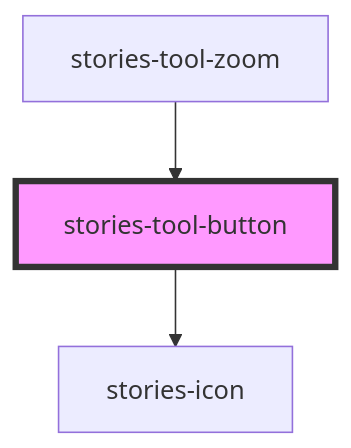
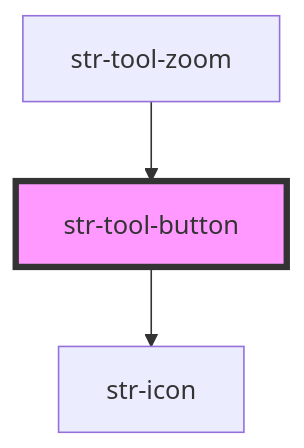
The diagram in packages/core/src/components/tool-button/readme.md (storiesjs/stories), drawn with Mermaid before and after one commit. The commit also changed other lines of this file and 221 other files, not shown here.

Commit message:
Stories prefix rename to str

````diff
--- a/packages/core/src/components/tool-button/readme.md
+++ b/packages/core/src/components/tool-button/readme.md
@@ -35,6 +35,6 @@
 ```mermaid
 graph TD;
-  stories-tool-button --> stories-icon
-  stories-tool-zoom --> stories-tool-button
-  style stories-tool-button fill:#f9f,stroke:#333,stroke-width:4px
+  str-tool-button --> str-icon
+  str-tool-zoom --> str-tool-button
+  style str-tool-button fill:#f9f,stroke:#333,stroke-width:4px
 ```
````
